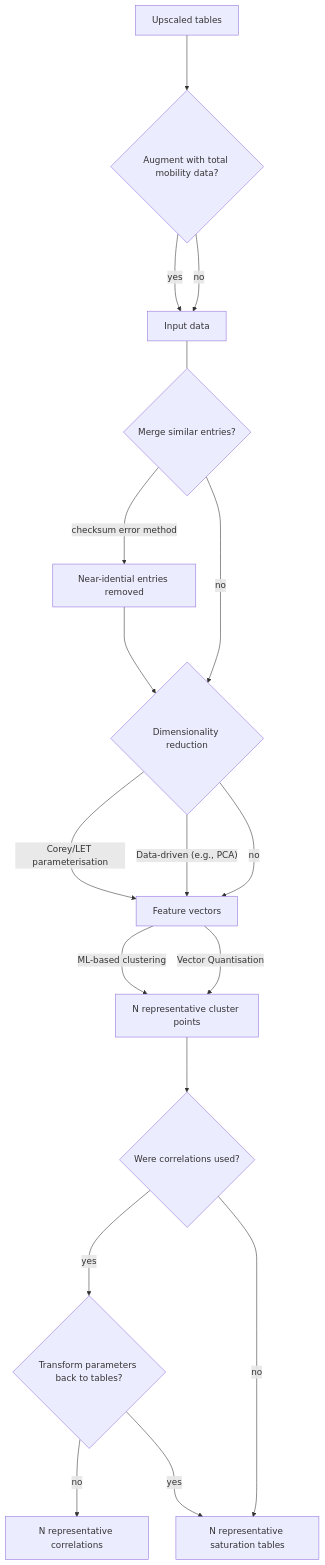
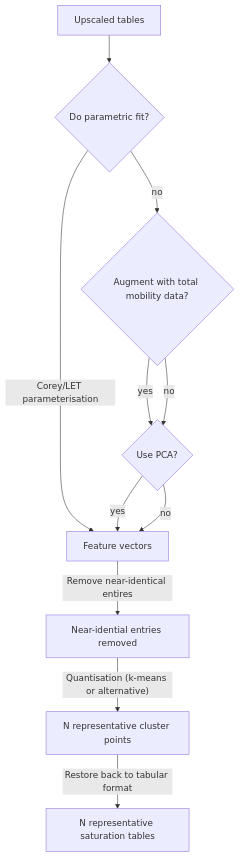
One commit to ImperialCollegeLondon/StrataTrapper changed the first of 2 diagrams in src/compress/README.md. Above: the diagram before and after it, drawn with Mermaid.

Commit message:
DEsign concept update

````diff
--- a/src/compress/README.md
+++ b/src/compress/README.md
@@ -35,33 +35,23 @@
 ```mermaid
 flowchart TD
 upsc[Upscaled tables]
+do_param_fit{Do parametric fit?}
 embed{Augment with total mobility data?}
-input[Input data]
-should_clean{Merge similar entries?}
 clean[Near-idential entries removed]
-red{Dimensionality reduction}
+red{Use PCA?}
 latent[Feature vectors]
 repr[N representative cluster points]
-isparam{Were correlations used?}
-inv{Transform parameters back to tables?}
-param[N representative correlations]
 tabs[N representative saturation tables]
 
-upsc ---> embed
-embed -- yes ---> input
-embed -- no ---> input
-input  --- should_clean
-should_clean -- checksum error method ---> clean ---> red
-should_clean -- no ---> red
-red -- Corey/LET parameterisation ---> latent
-red -- Data-driven (e.g., PCA) ---> latent
-red -- no ---> latent
-latent -- ML-based clustering ---> repr
-latent -- Vector Quantisation ---> repr
-repr ---> isparam
-isparam -- yes ---> inv
-inv -- no ---> param
-inv -- yes ---> tabs
-isparam -- no ---> tabs
+upsc --> do_param_fit
+do_param_fit-- Corey/LET parameterisation --> latent
+do_param_fit -- no --> embed
+embed -- yes --> red
+embed -- no --> red
+red -- yes --> latent
+red -- no --> latent
+latent -- Remove near-identical entires --> clean
+clean -- "Quantisation (k-means or alternative)" --> repr
+repr -- "Restore back to tabular format" --> tabs
 
 ```
````
